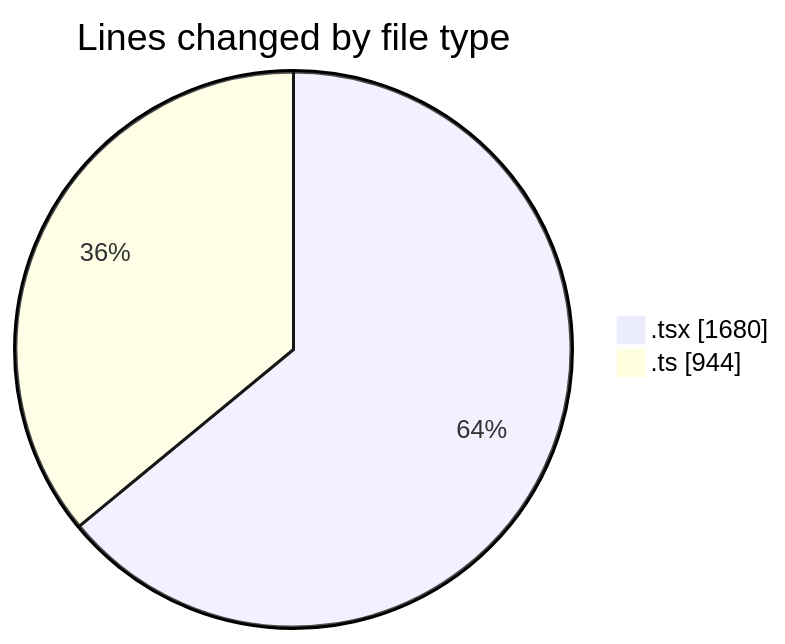
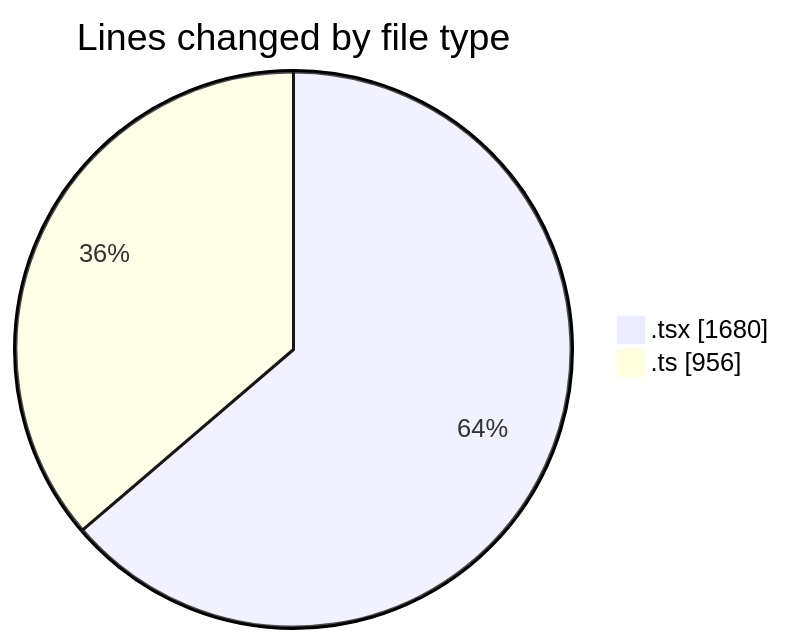
One commit to julien-gomy/code-tracking changed the first of 2 diagrams in 2025-10-15/eventscop-frontend-guide__workspace_/README.md. Above: the diagram before and after it, drawn with Mermaid. The commit also changed other lines of this file and 1 other file, not shown here.

````diff
--- a/2025-10-15/eventscop-frontend-guide__workspace_/README.md
+++ b/2025-10-15/eventscop-frontend-guide__workspace_/README.md
@@ -33,6 +33,6 @@
 ```mermaid
 pie showData
 title Lines changed by file type
 ".tsx" : 1680
-".ts" : 944
+".ts" : 956
 ```
````
